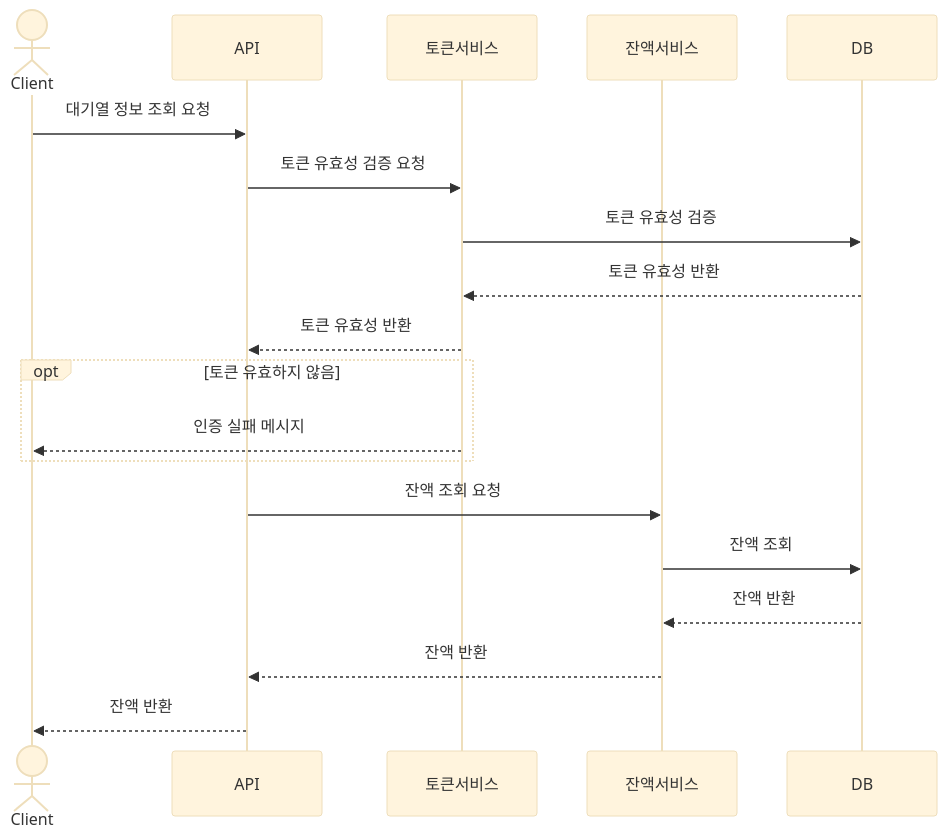
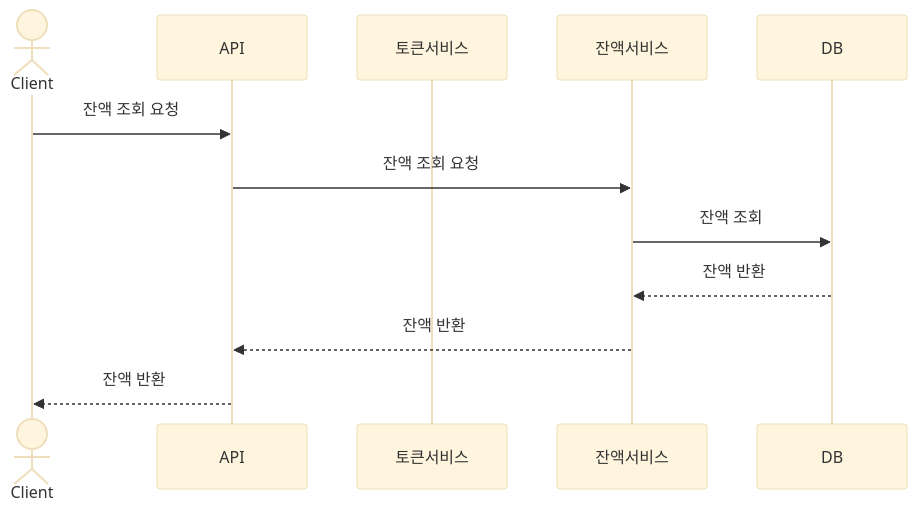
The seventh of 8 diagrams in docs/sequence_diagram.md (hyojin202406/hanghae-concert), drawn with Mermaid (base theme) before and after one commit. The commit also changed other lines of this file, not shown here.

Commit message:
docs: 시퀀스 다이어그램 수정

````diff
--- a/docs/sequence_diagram.md
+++ b/docs/sequence_diagram.md
@@ -168,22 +189,15 @@
 ```mermaid
 sequenceDiagram
     actor Client
     participant API
     participant 토큰서비스
     participant 잔액서비스
     participant DB
 
-    Client ->> API: 대기열 정보 조회 요청
-    API ->> 토큰서비스: 토큰 유효성 검증 요청
-    토큰서비스 ->> DB: 토큰 유효성 검증
-    DB -->> 토큰서비스: 토큰 유효성 반환
-    토큰서비스 -->> API: 토큰 유효성 반환
-    opt 토큰 유효하지 않음
-        토큰서비스-->>Client: 인증 실패 메시지
-    end
+    Client ->> API: 잔액 조회 요청
     API ->> 잔액서비스: 잔액 조회 요청
     잔액서비스 ->> DB: 잔액 조회
     DB -->> 잔액서비스: 잔액 반환
     잔액서비스 -->> API: 잔액 반환
     API -->> Client: 잔액 반환
 ```
````
